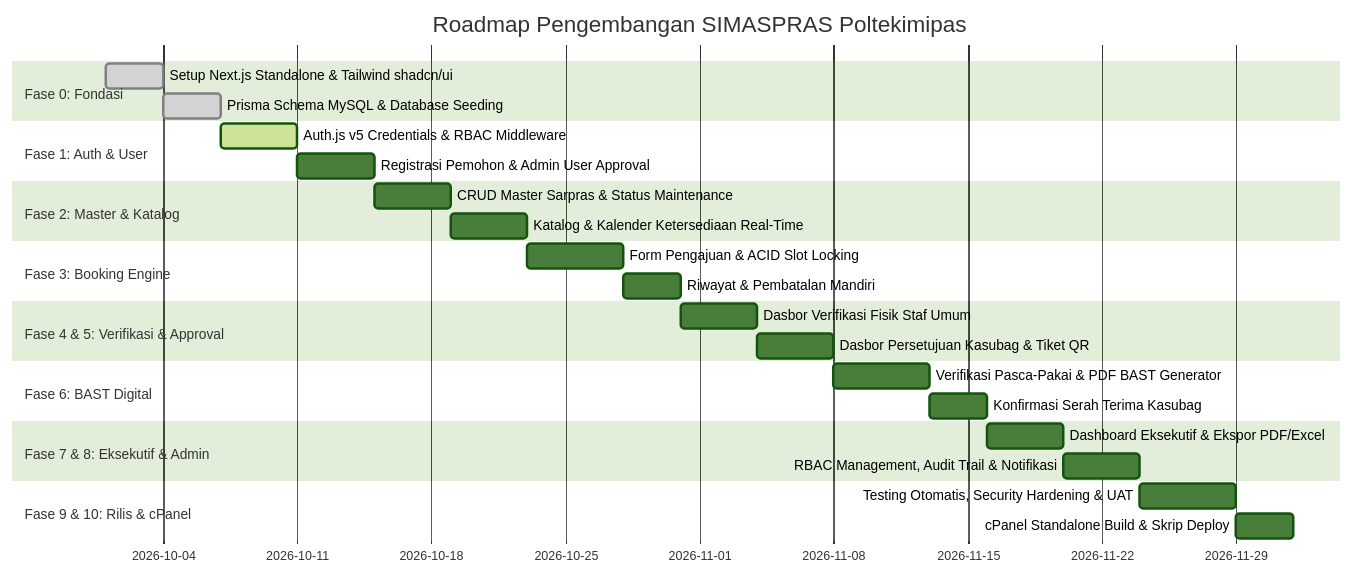
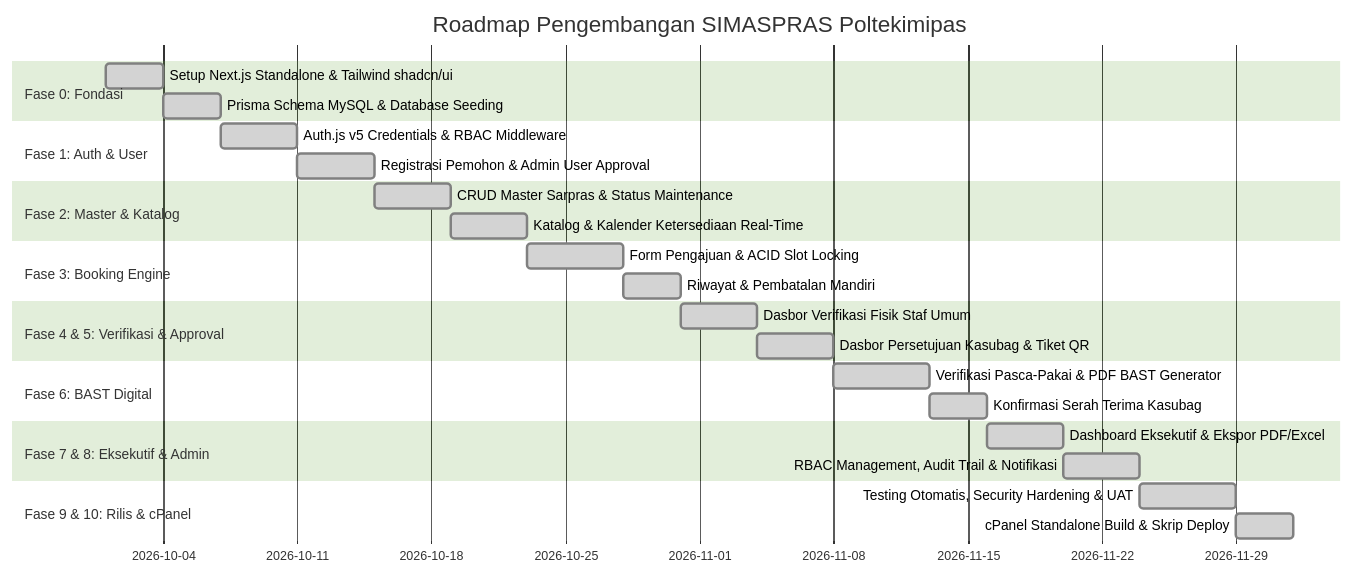
The diagram in backlog.md (romstormy27/simaspras_v2-app), drawn with Mermaid (forest theme) before and after one commit. The commit also changed other lines of this file and 19 other files, not shown here.

Commit message:
feat(phase-10): complete cPanel deployment automation, cron maintenance, operational docs, UI fixes and PRD tag cleanup

````diff
--- a/backlog.md
+++ b/backlog.md
@@ -390,29 +390,29 @@
 ```mermaid
 gantt
     title Roadmap Pengembangan SIMASPRAS Poltekimipas
     dateFormat  YYYY-MM-DD
     section Fase 0: Fondasi
     Setup Next.js Standalone & Tailwind shadcn/ui :done, f0_1, 2026-10-01, 3d
     Prisma Schema MySQL & Database Seeding        :done, f0_2, after f0_1, 3d
     section Fase 1: Auth & User
-    Auth.js v5 Credentials & RBAC Middleware      :active, f1_1, after f0_2, 4d
-    Registrasi Pemohon & Admin User Approval     :f1_2, after f1_1, 4d
+    Auth.js v5 Credentials & RBAC Middleware      :done, f1_1, after f0_2, 4d
+    Registrasi Pemohon & Admin User Approval     :done, f1_2, after f1_1, 4d
     section Fase 2: Master & Katalog
-    CRUD Master Sarpras & Status Maintenance     :f2_1, after f1_2, 4d
-    Katalog & Kalender Ketersediaan Real-Time    :f2_2, after f2_1, 4d
+    CRUD Master Sarpras & Status Maintenance     :done, f2_1, after f1_2, 4d
+    Katalog & Kalender Ketersediaan Real-Time    :done, f2_2, after f2_1, 4d
     section Fase 3: Booking Engine
-    Form Pengajuan & ACID Slot Locking           :f3_1, after f2_2, 5d
-    Riwayat & Pembatalan Mandiri                 :f3_2, after f3_1, 3d
+    Form Pengajuan & ACID Slot Locking           :done, f3_1, after f2_2, 5d
+    Riwayat & Pembatalan Mandiri                 :done, f3_2, after f3_1, 3d
     section Fase 4 & 5: Verifikasi & Approval
-    Dasbor Verifikasi Fisik Staf Umum            :f4_1, after f3_2, 4d
-    Dasbor Persetujuan Kasubag & Tiket QR        :f5_1, after f4_1, 4d
+    Dasbor Verifikasi Fisik Staf Umum            :done, f4_1, after f3_2, 4d
+    Dasbor Persetujuan Kasubag & Tiket QR        :done, f5_1, after f4_1, 4d
     section Fase 6: BAST Digital
-    Verifikasi Pasca-Pakai & PDF BAST Generator  :f6_1, after f5_1, 5d
-    Konfirmasi Serah Terima Kasubag              :f6_2, after f6_1, 3d
+    Verifikasi Pasca-Pakai & PDF BAST Generator  :done, f6_1, after f5_1, 5d
+    Konfirmasi Serah Terima Kasubag              :done, f6_2, after f6_1, 3d
     section Fase 7 & 8: Eksekutif & Admin
-    Dashboard Eksekutif & Ekspor PDF/Excel       :f7_1, after f6_2, 4d
-    RBAC Management, Audit Trail & Notifikasi    :f8_1, after f7_1, 4d
+    Dashboard Eksekutif & Ekspor PDF/Excel       :done, f7_1, after f6_2, 4d
+    RBAC Management, Audit Trail & Notifikasi    :done, f8_1, after f7_1, 4d
     section Fase 9 & 10: Rilis & cPanel
-    Testing Otomatis, Security Hardening & UAT   :f9_1, after f8_1, 5d
-    cPanel Standalone Build & Skrip Deploy       :f10_1, after f9_1, 3d
+    Testing Otomatis, Security Hardening & UAT   :done, f9_1, after f8_1, 5d
+    cPanel Standalone Build & Skrip Deploy       :done, f10_1, after f9_1, 3d
 ```
````
